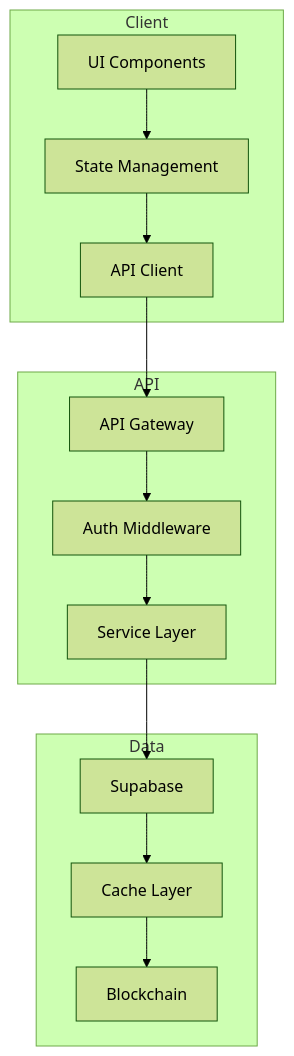
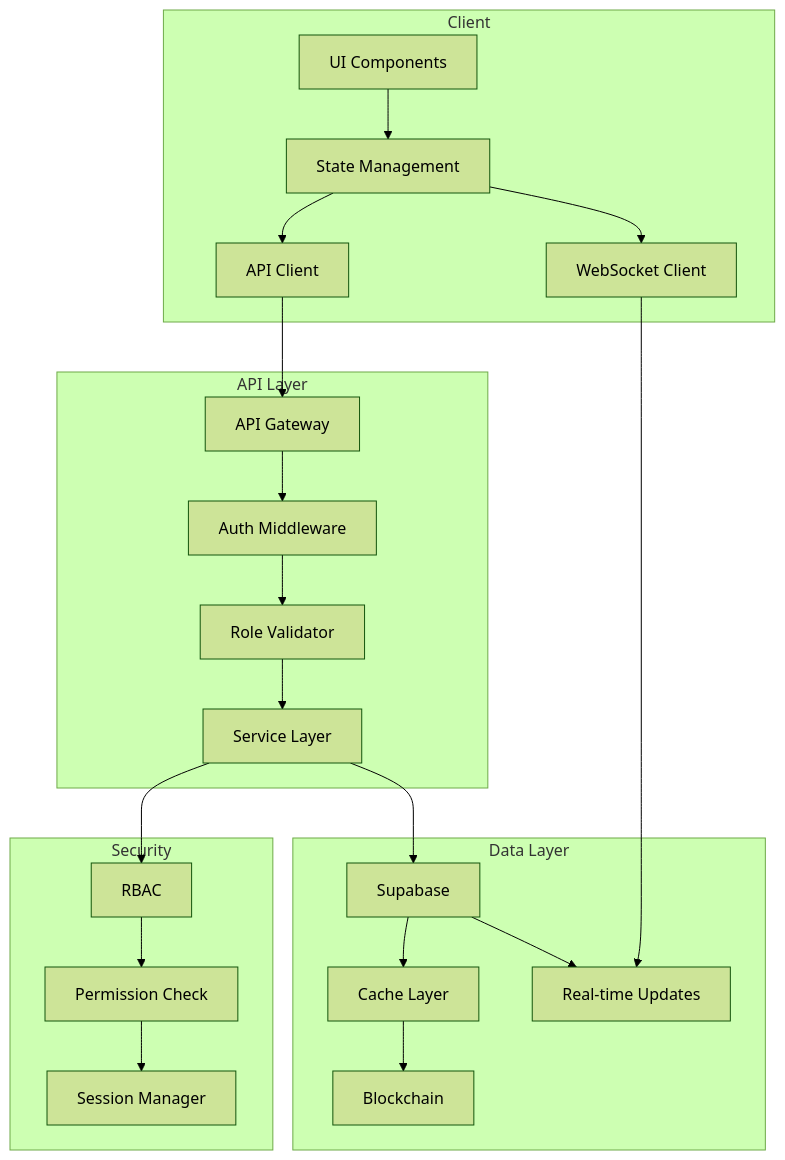
Before and after one commit to mrj0nesmtl/sheltr-v2: the third of 11 diagrams in public/docs/core/overview.md, drawn with Mermaid (forest theme). The commit also changed other lines of this file and 13 other files, not shown here.

````diff
--- a/public/docs/core/overview.md
+++ b/public/docs/core/overview.md
@@ -113,20 +137,30 @@
 ```mermaid
 flowchart TD
     subgraph Client
         A[UI Components] --> B[State Management]
         B --> C[API Client]
+        B --> D[WebSocket Client]
     end
     
-    subgraph API
-        D[API Gateway] --> E[Auth Middleware]
-        E --> F[Service Layer]
+    subgraph API Layer
+        E[API Gateway] --> F[Auth Middleware]
+        F --> G[Role Validator]
+        G --> H[Service Layer]
     end
     
-    subgraph Data
-        G[Supabase] --> H[Cache Layer]
-        H --> I[Blockchain]
+    subgraph Data Layer
+        I[Supabase] --> J[Cache Layer]
+        J --> K[Blockchain]
+        I --> L[Real-time Updates]
     end
     
-    C --> D
-    F --> G
+    subgraph Security
+        M[RBAC] --> N[Permission Check]
+        N --> O[Session Manager]
+    end
+    
+    C --> E
+    D --> L
+    H --> I
+    H --> M
 ```
````
